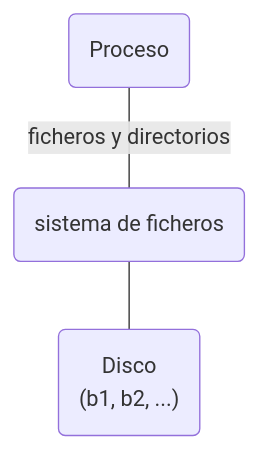
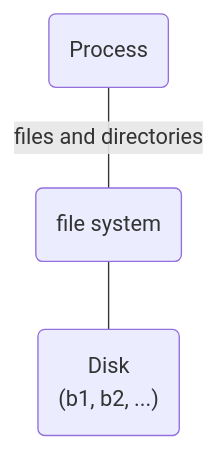
Before and after one commit to acaldero/uc3m_ds: the fourth of 5 diagrams in materials/topic-dfs/dfs.md, drawn with Mermaid. The commit also changed other lines of this file, not shown here.

````diff
--- a/materials/topic-dfs/dfs.md
+++ b/materials/topic-dfs/dfs.md
@@ -57,5 +57,5 @@
   ```mermaid
   flowchart TD
-  A(Proceso)---|"ficheros y directorios"|B("sistema de ficheros")
-  B --- C("Disco<br>(b1, b2, ...)")
+  A(Process)---|"files and directories"|B("file system")
+  B --- C("Disk<br>(b1, b2, ...)")
   ```
````
